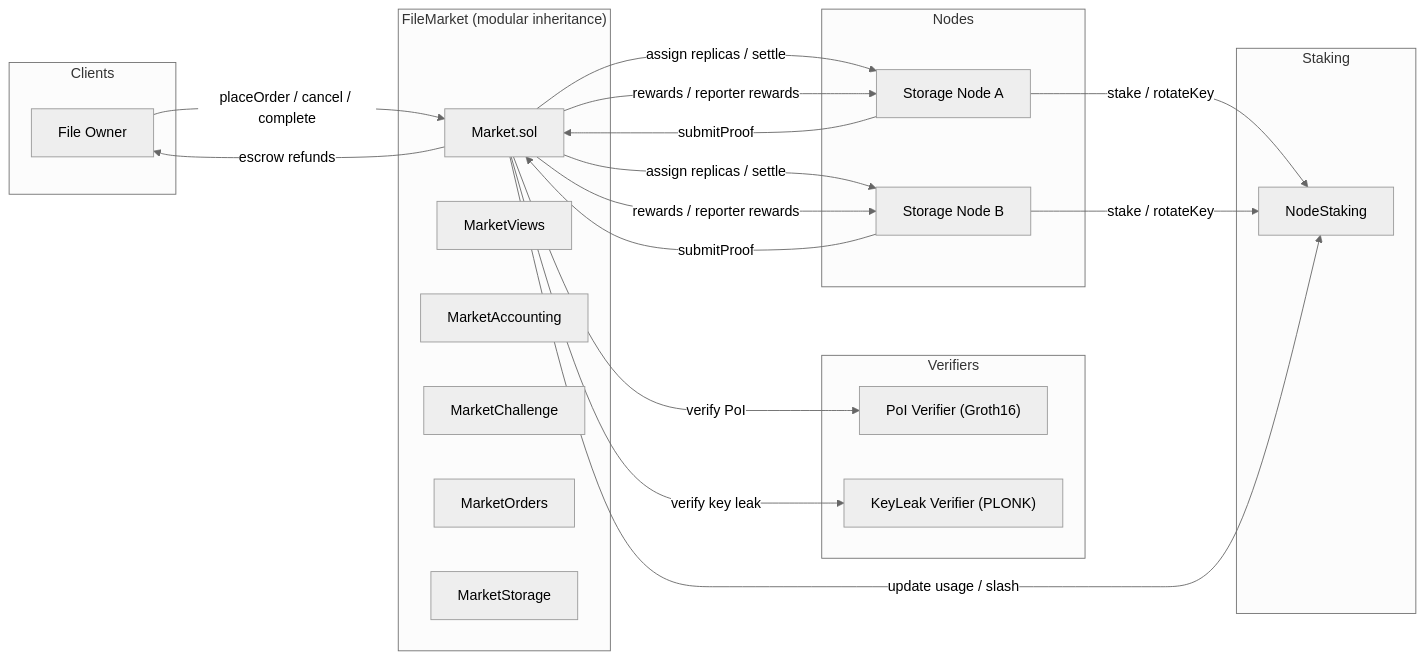
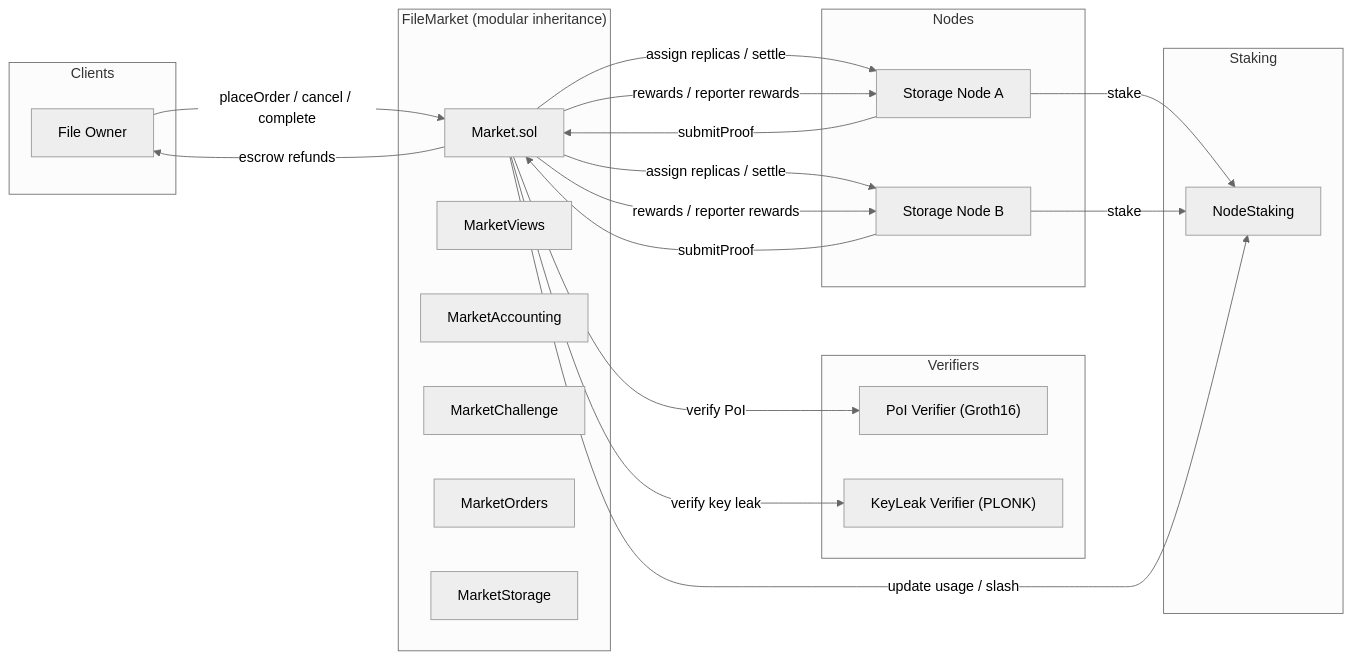
The diagram in README.md (MuriData/muri-contracts), drawn with Mermaid (neutral theme) before and after one commit. The commit also changed other lines of this file and 8 other files, not shown here.

````diff
--- a/README.md
+++ b/README.md
@@ -152,39 +151,39 @@
 ```mermaid
 flowchart LR
     subgraph Clients
         Client[File Owner]
     end
     subgraph Market["FileMarket (modular inheritance)"]
         FM[Market.sol]
         MV[MarketViews]
         MA[MarketAccounting]
         MC[MarketChallenge]
         MO[MarketOrders]
         MS[MarketStorage]
     end
     subgraph Staking
         NS[NodeStaking]
     end
     subgraph Verifiers
         PoI[PoI Verifier &lpar;Groth16&rpar;]
         KL[KeyLeak Verifier &lpar;PLONK&rpar;]
     end
     subgraph Nodes
         NodeA[Storage Node A]
         NodeB[Storage Node B]
     end
 
     Client -->|placeOrder / cancel / complete| FM
-    NodeA -->|stake / rotateKey| NS
-    NodeB -->|stake / rotateKey| NS
+    NodeA -->|stake| NS
+    NodeB -->|stake| NS
     FM -->|update usage / slash| NS
     FM -->|assign replicas / settle| NodeA
     FM -->|assign replicas / settle| NodeB
     NodeA -->|submitProof| FM
     NodeB -->|submitProof| FM
     FM -->|verify PoI| PoI
     FM -->|verify key leak| KL
     FM -->|escrow refunds| Client
     FM -->|rewards / reporter rewards| NodeA
     FM -->|rewards / reporter rewards| NodeB
 ```
````
